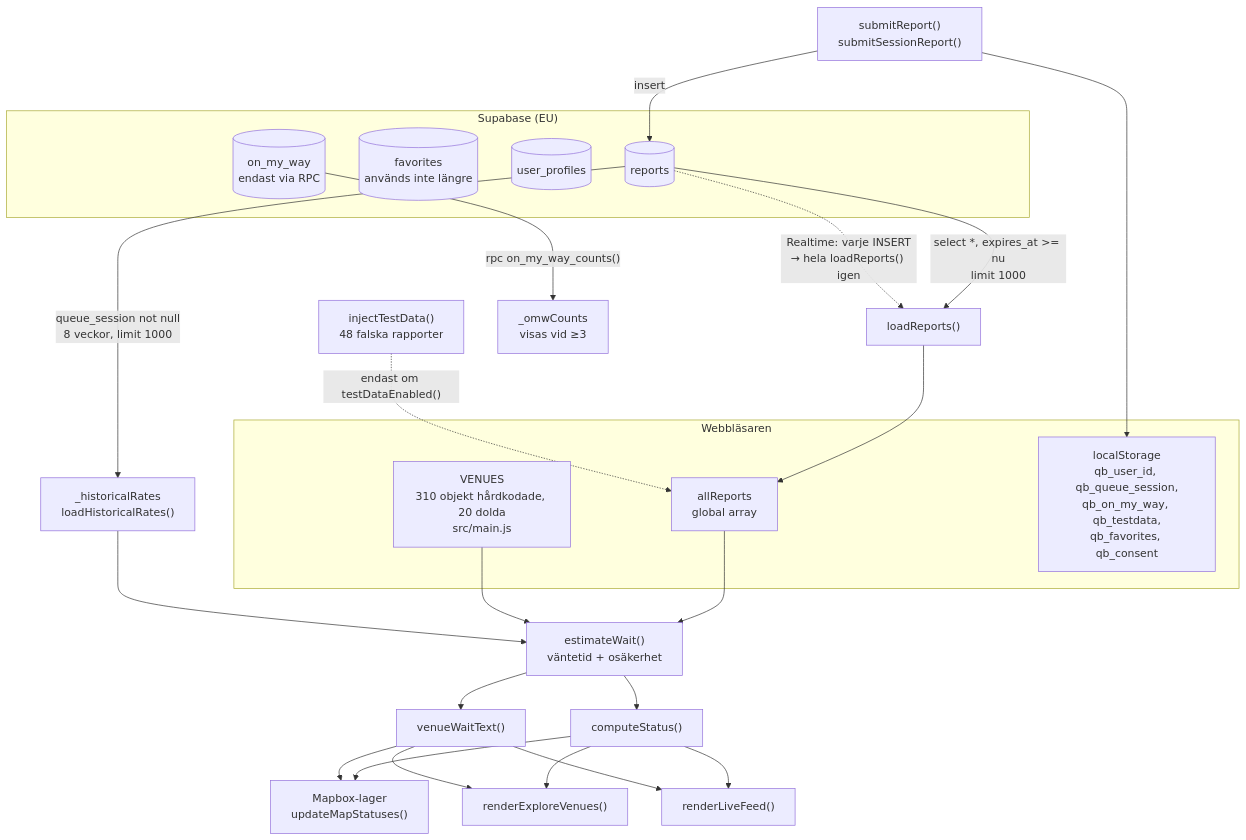
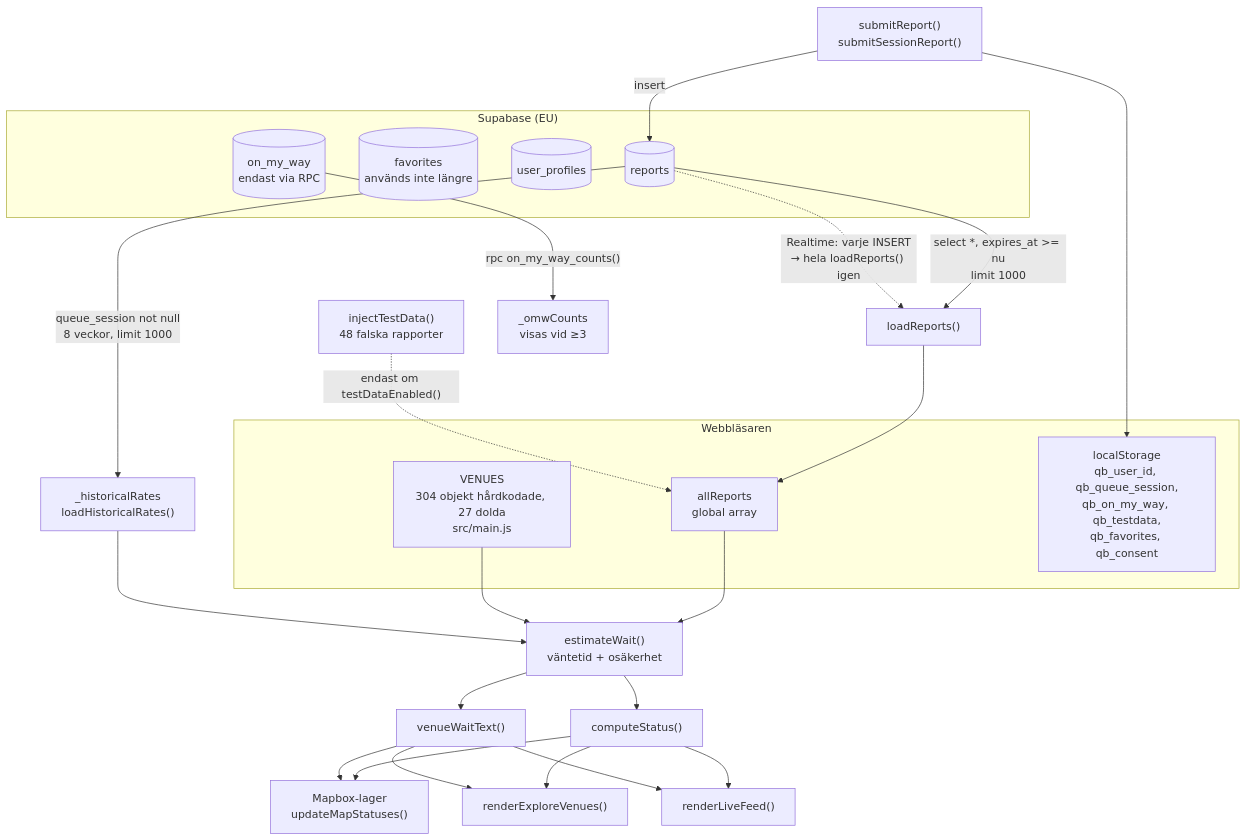
The diagram in docs/ARCHITECTURE.md (faisuseng3-dotcom/Anchor), drawn with Mermaid before and after one commit. The commit also changed other lines of this file and 8 other files, not shown here.

````diff
--- a/docs/ARCHITECTURE.md
+++ b/docs/ARCHITECTURE.md
@@ -120,39 +120,39 @@
 ```mermaid
 flowchart TD
     subgraph Klient["Webbläsaren"]
-        VENUES["VENUES<br/>310 objekt hårdkodade, 20 dolda<br/>src/main.js"]
+        VENUES["VENUES<br/>304 objekt hårdkodade, 27 dolda<br/>src/main.js"]
         AR["allReports<br/>global array"]
         LS["localStorage<br/>qb_user_id, qb_queue_session,<br/>qb_on_my_way, qb_testdata,<br/>qb_favorites, qb_consent"]
     end
 
     subgraph DB["Supabase (EU)"]
         REPORTS[("reports")]
         FAV[("favorites<br/>används inte längre")]
         PROF[("user_profiles")]
         OMW[("on_my_way<br/>endast via RPC")]
     end
 
     REPORTS -->|"select *, expires_at >= nu<br/>limit 1000"| LR["loadReports()"]
     LR --> AR
     TD["injectTestData()<br/>48 falska rapporter"] -.->|"endast om testDataEnabled()"| AR
 
     AR --> EW["estimateWait()<br/>väntetid + osäkerhet"]
     VENUES --> EW
     HR["_historicalRates<br/>loadHistoricalRates()"] --> EW
     REPORTS -->|"queue_session not null<br/>8 veckor, limit 1000"| HR
 
     EW --> CS["computeStatus()"]
     EW --> VWT["venueWaitText()"]
 
     CS --> MAP["Mapbox-lager<br/>updateMapStatuses()"]
     VWT --> MAP
     CS --> EXP["renderExploreVenues()"]
     VWT --> EXP
     CS --> LIVE["renderLiveFeed()"]
     VWT --> LIVE
 
     RPT["submitReport()<br/>submitSessionReport()"] -->|insert| REPORTS
     RPT --> LS
     REPORTS -.->|"Realtime: varje INSERT<br/>→ hela loadReports() igen"| LR
     OMW -->|"rpc on_my_way_counts()"| OMWC["_omwCounts<br/>visas vid ≥3"]
 ```
````
